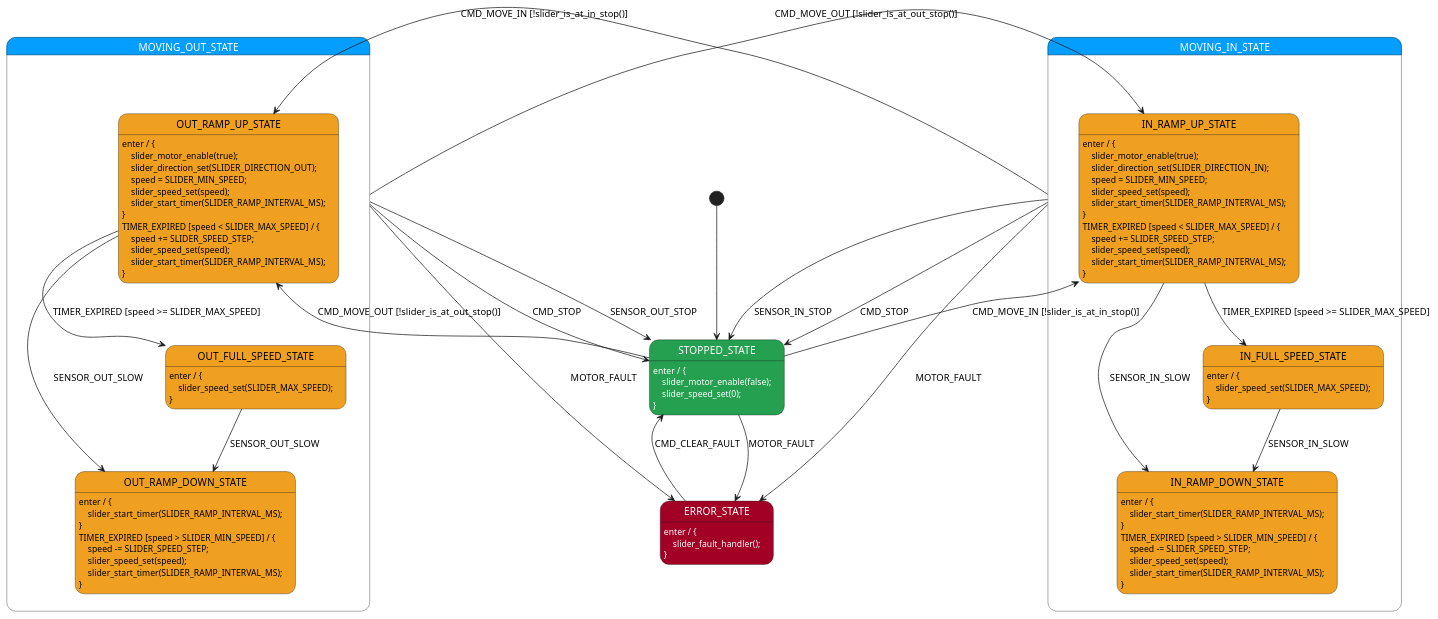
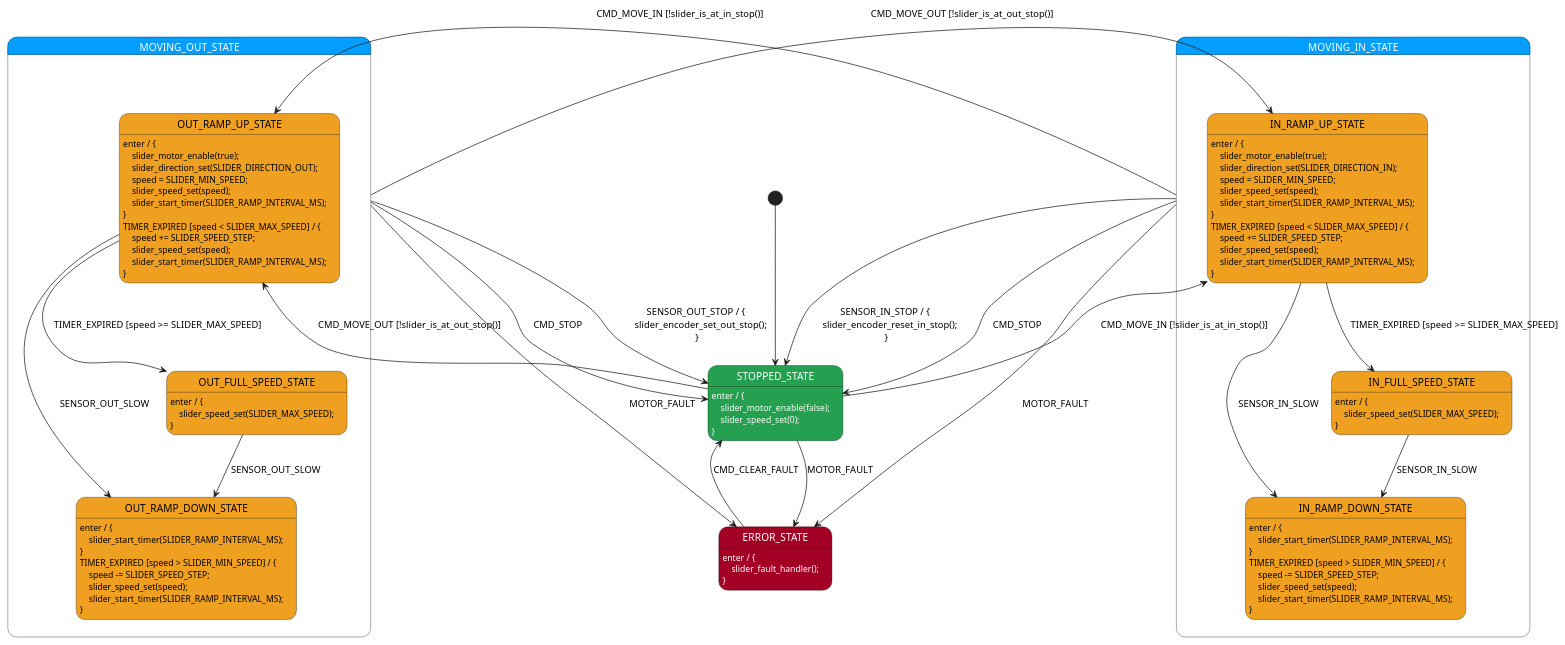
One commit to xanderhendriks/tv-slider changed the diagram in esp32/main/slider_state_machine.plantuml. Above: the diagram before and after it, drawn with PlantUML. The commit also changed 10 other files, not shown here.

```diff
--- a/esp32/main/slider_state_machine.plantuml
+++ b/esp32/main/slider_state_machine.plantuml
@@ -1,121 +1,121 @@
 @startuml slider_state_machine
 
 /'
   State Machine for TV Slider
   
   The system controls a stepper motor to slide a TV in/out of a wall.
   
   Hall Sensors: 
   - IN_STOP:  TV fully retracted (in position)
   - IN_SLOW:  Approaching in position (start ramping down)
   - OUT_SLOW:  Approaching out position (start ramping down)
   - OUT_STOP: TV fully extended (out position)
   
   Event-driven architecture:  uses timer events for ramping
 '/
 
 ' ///////////////////////////// STYLES /////////////////////////////
 skinparam state {
     BackgroundColor<<red>> a20025
     FontColor<<red>> white
     BackgroundColor<<green>> 25a050
     FontColor<<green>> white
     BackgroundColor<<yellow>> f0a020
     FontColor<<yellow>> black
     BackgroundColor<<blue>> 039eff
     FontColor<<blue>> white
 }
 
 ' //////////////////////// STATE ORGANIZATION ///////////////////////
 
 state STOPPED_STATE <<green>>
 state ERROR_STATE <<red>>
 
 state MOVING_OUT_STATE <<blue>> {
     state OUT_RAMP_UP_STATE <<yellow>>
     state OUT_FULL_SPEED_STATE <<yellow>>
     state OUT_RAMP_DOWN_STATE <<yellow>>
 }
 
 state MOVING_IN_STATE <<blue>> {
     state IN_RAMP_UP_STATE <<yellow>>
     state IN_FULL_SPEED_STATE <<yellow>>
     state IN_RAMP_DOWN_STATE <<yellow>>
 }
 
 ' ///////////////////////// STATE HANDLERS /////////////////////////
 
 [*] --> STOPPED_STATE
 
 STOPPED_STATE: enter / { \n    slider_motor_enable(false); \n    slider_speed_set(0); \n}
 STOPPED_STATE --> OUT_RAMP_UP_STATE: CMD_MOVE_OUT [!slider_is_at_out_stop()]
 STOPPED_STATE --> IN_RAMP_UP_STATE: CMD_MOVE_IN [!slider_is_at_in_stop()]
 STOPPED_STATE -down-> ERROR_STATE: MOTOR_FAULT
 
 ' ===== COMMON TRANSITIONS FOR ALL MOVING STATES =====
 MOVING_OUT_STATE --> STOPPED_STATE: CMD_STOP
 MOVING_OUT_STATE --> IN_RAMP_UP_STATE: CMD_MOVE_IN [!slider_is_at_in_stop()]
-MOVING_OUT_STATE --> STOPPED_STATE: SENSOR_OUT_STOP
+MOVING_OUT_STATE --> STOPPED_STATE: SENSOR_OUT_STOP / { \n    slider_encoder_set_out_stop(); \n}
 MOVING_OUT_STATE --> ERROR_STATE: MOTOR_FAULT
 
 MOVING_IN_STATE --> STOPPED_STATE: CMD_STOP
 MOVING_IN_STATE --> OUT_RAMP_UP_STATE: CMD_MOVE_OUT [!slider_is_at_out_stop()]
-MOVING_IN_STATE --> STOPPED_STATE: SENSOR_IN_STOP
+MOVING_IN_STATE --> STOPPED_STATE: SENSOR_IN_STOP / { \n    slider_encoder_reset_in_stop(); \n}
 MOVING_IN_STATE --> ERROR_STATE: MOTOR_FAULT
 
 ' ===== MOVING OUT =====
 OUT_RAMP_UP_STATE: enter / { \n    slider_motor_enable(true); \n    slider_direction_set(SLIDER_DIRECTION_OUT); \n    speed = SLIDER_MIN_SPEED; \n    slider_speed_set(speed); \n    slider_start_timer(SLIDER_RAMP_INTERVAL_MS); \n}
 OUT_RAMP_UP_STATE: TIMER_EXPIRED [speed < SLIDER_MAX_SPEED] / { \n    speed += SLIDER_SPEED_STEP; \n    slider_speed_set(speed); \n    slider_start_timer(SLIDER_RAMP_INTERVAL_MS); \n}
 OUT_RAMP_UP_STATE --> OUT_FULL_SPEED_STATE: TIMER_EXPIRED [speed >= SLIDER_MAX_SPEED]
 OUT_RAMP_UP_STATE --> OUT_RAMP_DOWN_STATE: SENSOR_OUT_SLOW
 
 OUT_FULL_SPEED_STATE: enter / { \n    slider_speed_set(SLIDER_MAX_SPEED); \n}
 OUT_FULL_SPEED_STATE --> OUT_RAMP_DOWN_STATE:  SENSOR_OUT_SLOW
 
 OUT_RAMP_DOWN_STATE:  enter / { \n    slider_start_timer(SLIDER_RAMP_INTERVAL_MS); \n}
 OUT_RAMP_DOWN_STATE: TIMER_EXPIRED [speed > SLIDER_MIN_SPEED] / { \n    speed -= SLIDER_SPEED_STEP; \n    slider_speed_set(speed); \n    slider_start_timer(SLIDER_RAMP_INTERVAL_MS); \n}
 
 ' ===== MOVING IN =====
 IN_RAMP_UP_STATE: enter / { \n    slider_motor_enable(true); \n    slider_direction_set(SLIDER_DIRECTION_IN); \n    speed = SLIDER_MIN_SPEED; \n    slider_speed_set(speed); \n    slider_start_timer(SLIDER_RAMP_INTERVAL_MS); \n}
 IN_RAMP_UP_STATE: TIMER_EXPIRED [speed < SLIDER_MAX_SPEED] / { \n    speed += SLIDER_SPEED_STEP; \n    slider_speed_set(speed); \n    slider_start_timer(SLIDER_RAMP_INTERVAL_MS); \n}
 IN_RAMP_UP_STATE --> IN_FULL_SPEED_STATE: TIMER_EXPIRED [speed >= SLIDER_MAX_SPEED]
 IN_RAMP_UP_STATE --> IN_RAMP_DOWN_STATE: SENSOR_IN_SLOW
 
 IN_FULL_SPEED_STATE: enter / { \n    slider_speed_set(SLIDER_MAX_SPEED); \n}
 IN_FULL_SPEED_STATE --> IN_RAMP_DOWN_STATE: SENSOR_IN_SLOW
 
 IN_RAMP_DOWN_STATE: enter / { \n    slider_start_timer(SLIDER_RAMP_INTERVAL_MS); \n}
 IN_RAMP_DOWN_STATE: TIMER_EXPIRED [speed > SLIDER_MIN_SPEED] / { \n    speed -= SLIDER_SPEED_STEP; \n    slider_speed_set(speed); \n    slider_start_timer(SLIDER_RAMP_INTERVAL_MS); \n}
 
 ' ===== ERROR_STATE STATE =====
 ERROR_STATE: enter / { \n    slider_fault_handler(); \n}
 ERROR_STATE --> STOPPED_STATE: CMD_CLEAR_FAULT
 
 ' //////////////////////// StateSmith config ////////////////////////
 /'!  $CONFIG : toml
 [RenderConfig]
 FileTop = """
     // Motor Controller State Machine for TV Slider
     // Generated by StateSmith
     // Event-driven architecture
     """
 AutoExpandedVars = """
     uint16_t speed;               // current motor speed
     """
 
 [RenderConfig.C]
 HFileIncludes = """
     #include <stdint.h>
     #include <stdbool.h>
     #include "slider_types.h"
     """
 CFileIncludes = """
     #include "esp_log.h"
     #include "slider.h"
     """
 
 [SmRunnerSettings]
 transpilerId = "C99"
 '/
 
 @enduml
```
